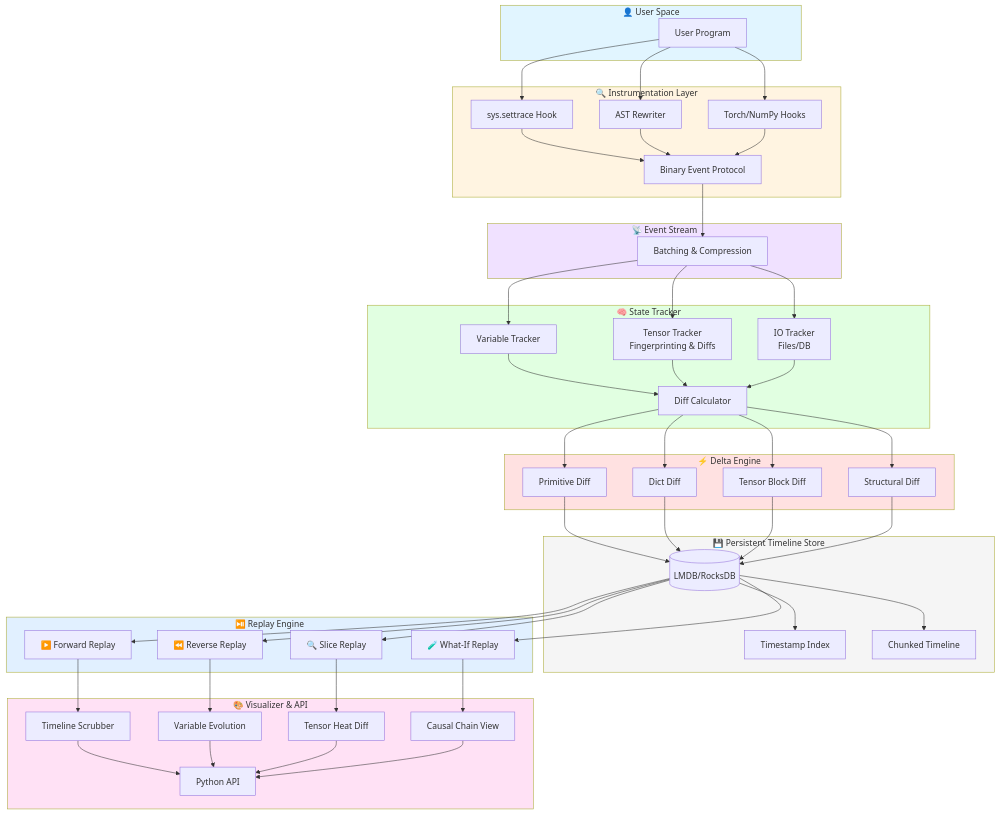
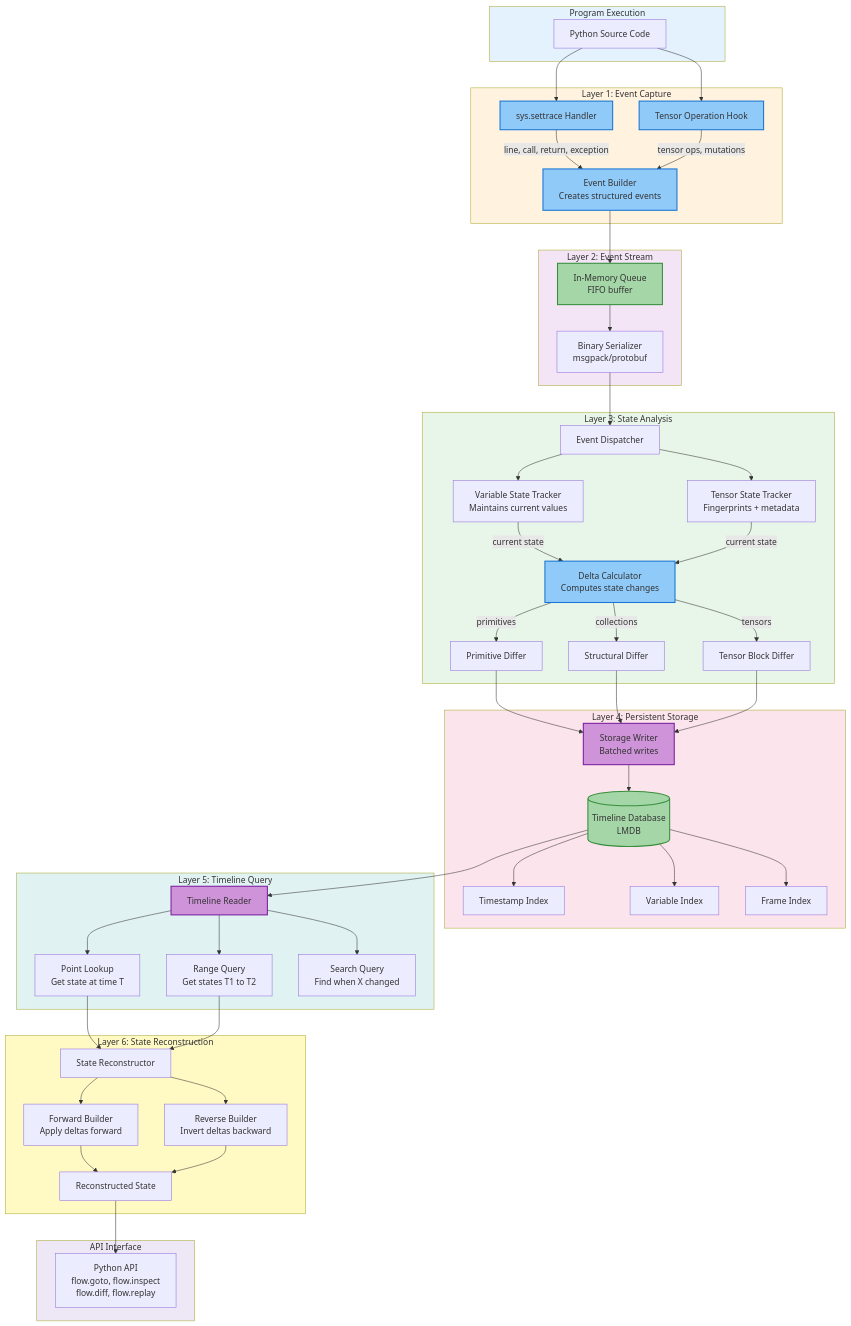
The diagram in Archietcture.mmd (specifiedone/WaterCodeFlow), drawn with Mermaid before and after one commit.

Commit message:
made the architecture better and easy to follow
Refactor architecture diagram to clarify layers and components.

```diff
--- a/Archietcture.mmd
+++ b/Archietcture.mmd
@@ -1,100 +1,90 @@
 graph TB
-    subgraph User["👤 User Space"]
-        UP[User Program]
+    subgraph Input["Program Execution"]
+        CODE[Python Source Code]
     end
     
-    subgraph Instrumentation["🔍 Instrumentation Layer"]
-        TRACE[sys.settrace Hook]
-        AST[AST Rewriter]
-        TORCH[Torch/NumPy Hooks]
-        TRACE --> ES
-        AST --> ES
-        TORCH --> ES
+    subgraph Capture["Layer 1: Event Capture"]
+        TRACER[sys.settrace Handler]
+        TENSOR_HOOK[Tensor Operation Hook]
+        
+        CODE --> TRACER
+        CODE --> TENSOR_HOOK
+        
+        TRACER --> |line, call, return, exception| EVENT_BUILDER
+        TENSOR_HOOK --> |tensor ops, mutations| EVENT_BUILDER
+        
+        EVENT_BUILDER[Event Builder<br/>Creates structured events]
     end
     
-    subgraph EventStream["📡 Event Stream"]
-        ES[Binary Event Protocol]
-        BATCH[Batching & Compression]
-        ES --> BATCH
+    subgraph Stream["Layer 2: Event Stream"]
+        EVENT_BUILDER --> QUEUE[In-Memory Queue<br/>FIFO buffer]
+        QUEUE --> SERIALIZER[Binary Serializer<br/>msgpack/protobuf]
     end
     
-    subgraph StateTracker["🧠 State Tracker"]
-        VT[Variable Tracker]
-        TT[Tensor Tracker<br/>Fingerprinting & Diffs]
-        IOT[IO Tracker<br/>Files/DB]
-        VT --> DE
-        TT --> DE
-        IOT --> DE
+    subgraph Analysis["Layer 3: State Analysis"]
+        SERIALIZER --> DISPATCHER[Event Dispatcher]
+        
+        DISPATCHER --> VAR_TRACKER[Variable State Tracker<br/>Maintains current values]
+        DISPATCHER --> TENSOR_TRACKER[Tensor State Tracker<br/>Fingerprints + metadata]
+        
+        VAR_TRACKER --> |current state| DIFF_ENGINE
+        TENSOR_TRACKER --> |current state| DIFF_ENGINE
+        
+        DIFF_ENGINE[Delta Calculator<br/>Computes state changes]
+        
+        DIFF_ENGINE --> |primitives| PRIM_DIFF[Primitive Differ]
+        DIFF_ENGINE --> |collections| STRUCT_DIFF[Structural Differ]
+        DIFF_ENGINE --> |tensors| TENSOR_DIFF[Tensor Block Differ]
     end
     
-    subgraph DeltaEngine["⚡ Delta Engine"]
-        DE[Diff Calculator]
-        PRIM[Primitive Diff]
-        DICT[Dict Diff]
-        TENS[Tensor Block Diff]
-        STRUCT[Structural Diff]
-        DE --> PRIM
-        DE --> DICT
-        DE --> TENS
-        DE --> STRUCT
+    subgraph Storage["Layer 4: Persistent Storage"]
+        PRIM_DIFF --> WRITER
+        STRUCT_DIFF --> WRITER
+        TENSOR_DIFF --> WRITER
+        
+        WRITER[Storage Writer<br/>Batched writes] --> DB[(Timeline Database<br/>LMDB)]
+        
+        DB --> IDX_TIME[Timestamp Index]
+        DB --> IDX_VAR[Variable Index]
+        DB --> IDX_FRAME[Frame Index]
     end
     
-    subgraph Storage["💾 Persistent Timeline Store"]
-        LMDB[(LMDB/RocksDB)]
-        INDEX[Timestamp Index]
-        CHUNK[Chunked Timeline]
-        LMDB --> INDEX
-        LMDB --> CHUNK
+    subgraph Query["Layer 5: Timeline Query"]
+        DB --> READER[Timeline Reader]
+        
+        READER --> LOOKUP[Point Lookup<br/>Get state at time T]
+        READER --> RANGE[Range Query<br/>Get states T1 to T2]
+        READER --> SEARCH[Search Query<br/>Find when X changed]
     end
     
-    subgraph Replay["⏯️ Replay Engine"]
-        FWD[▶️ Forward Replay]
-        REV[⏪ Reverse Replay]
-        SLICE[🔍 Slice Replay]
-        WHAT[🧪 What-If Replay]
+    subgraph Replay["Layer 6: State Reconstruction"]
+        LOOKUP --> RECONSTRUCTOR[State Reconstructor]
+        RANGE --> RECONSTRUCTOR
+        
+        RECONSTRUCTOR --> FWD[Forward Builder<br/>Apply deltas forward]
+        RECONSTRUCTOR --> REV[Reverse Builder<br/>Invert deltas backward]
+        
+        FWD --> RESULT[Reconstructed State]
+        REV --> RESULT
     end
     
-    subgraph Visualizer["🎨 Visualizer & API"]
-        UI[Timeline Scrubber]
-        VARVIEW[Variable Evolution]
-        HEATMAP[Tensor Heat Diff]
-        CAUSAL[Causal Chain View]
-        API[Python API]
+    subgraph Output["API Interface"]
+        RESULT --> API[Python API<br/>flow.goto, flow.inspect<br/>flow.diff, flow.replay]
     end
     
-    UP --> TRACE
-    UP --> AST
-    UP --> TORCH
+    style Input fill:#e3f2fd
+    style Capture fill:#fff3e0
+    style Stream fill:#f3e5f5
+    style Analysis fill:#e8f5e9
+    style Storage fill:#fce4ec
+    style Query fill:#e0f2f1
+    style Replay fill:#fff9c4
+    style Output fill:#ede7f6
     
-    BATCH --> VT
-    BATCH --> TT
-    BATCH --> IOT
+    classDef processNode fill:#90caf9,stroke:#1976d2,stroke-width:2px
+    classDef dataNode fill:#a5d6a7,stroke:#388e3c,stroke-width:2px
+    classDef storageNode fill:#ce93d8,stroke:#7b1fa2,stroke-width:2px
     
-    PRIM --> LMDB
-    DICT --> LMDB
-    TENS --> LMDB
-    STRUCT --> LMDB
-    
-    LMDB --> FWD
-    LMDB --> REV
-    LMDB --> SLICE
-    LMDB --> WHAT
-    
-    FWD --> UI
-    REV --> VARVIEW
-    SLICE --> HEATMAP
-    WHAT --> CAUSAL
-    
-    UI --> API
-    VARVIEW --> API
-    HEATMAP --> API
-    CAUSAL --> API
-    
-    style User fill:#e1f5ff
-    style Instrumentation fill:#fff4e1
-    style EventStream fill:#f0e1ff
-    style StateTracker fill:#e1ffe1
-    style DeltaEngine fill:#ffe1e1
-    style Storage fill:#f5f5f5
-    style Replay fill:#e1f0ff
-    style Visualizer fill:#ffe1f5
+    class TRACER,TENSOR_HOOK,EVENT_BUILDER,DIFF_ENGINE processNode
+    class QUEUE,DB dataNode
+    class WRITER,READER storageNode
```
